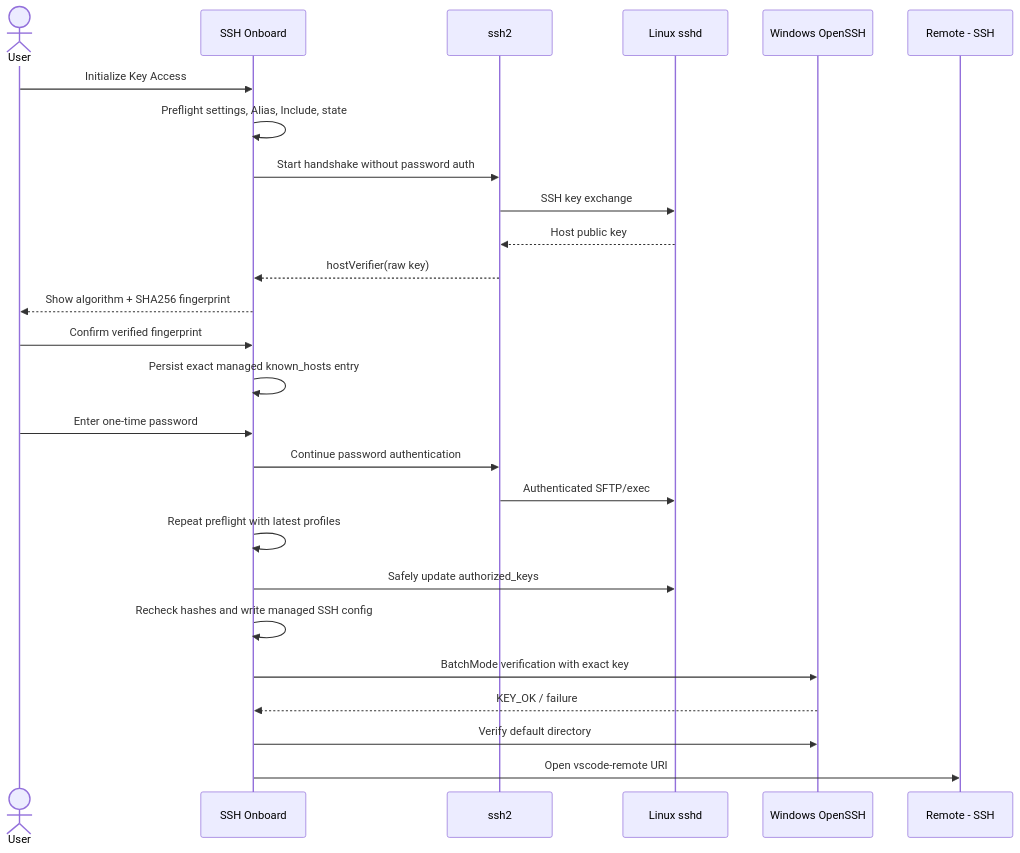
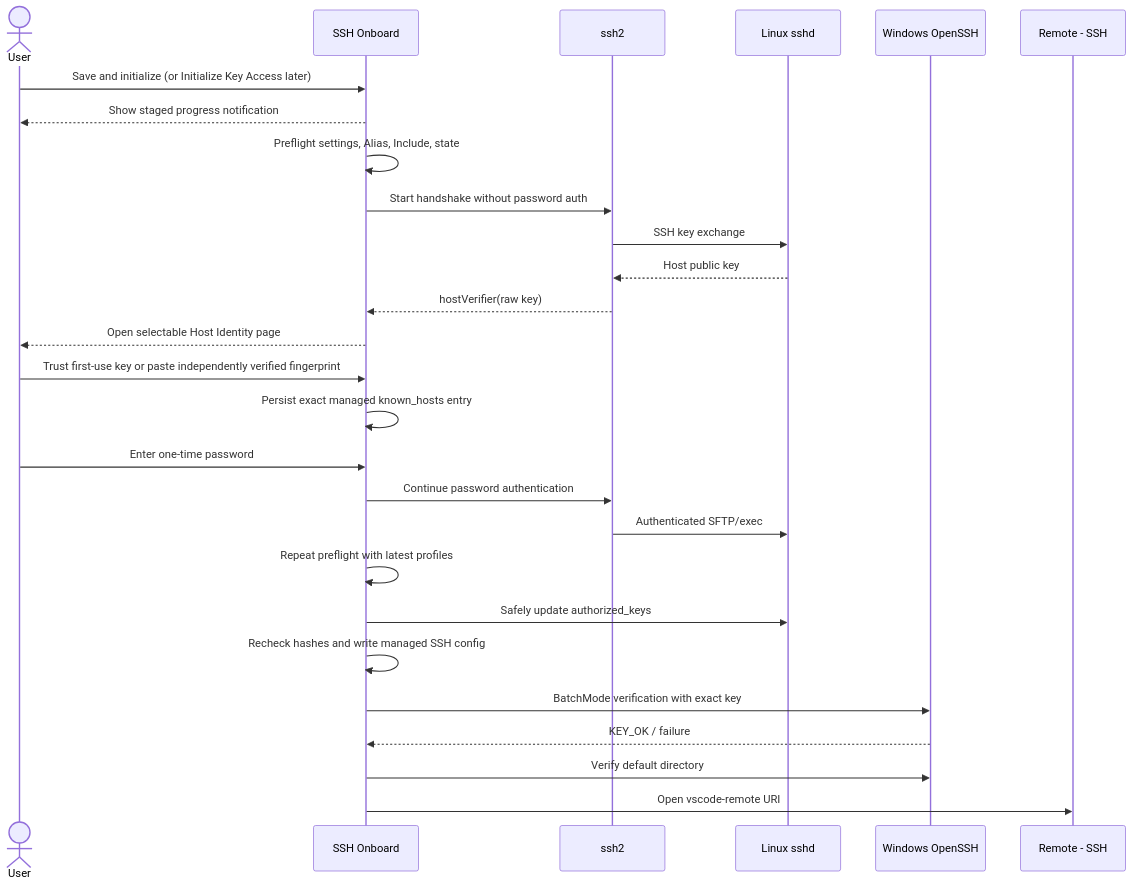
The second of 2 diagrams in docs/ARCHITECTURE.md (ZhangZhengruiNUS/ssh-onboard), drawn with Mermaid before and after one commit. The commit also changed other lines of this file and 34 other files, not shown here.

First line of the commit message:
Streamline SSH onboarding and host identity review (#17)

````diff
--- a/docs/ARCHITECTURE.md
+++ b/docs/ARCHITECTURE.md
@@ -149,29 +149,30 @@
 ```mermaid
 sequenceDiagram
   actor User
   participant Ext as SSH Onboard
   participant SSH2 as ssh2
   participant Host as Linux sshd
   participant OSSH as Windows OpenSSH
   participant RS as Remote - SSH
 
-  User->>Ext: Initialize Key Access
+  User->>Ext: Save and initialize (or Initialize Key Access later)
+  Ext-->>User: Show staged progress notification
   Ext->>Ext: Preflight settings, Alias, Include, state
   Ext->>SSH2: Start handshake without password auth
   SSH2->>Host: SSH key exchange
   Host-->>SSH2: Host public key
   SSH2-->>Ext: hostVerifier(raw key)
-  Ext-->>User: Show algorithm + SHA256 fingerprint
-  User->>Ext: Confirm verified fingerprint
+  Ext-->>User: Open selectable Host Identity page
+  User->>Ext: Trust first-use key or paste independently verified fingerprint
   Ext->>Ext: Persist exact managed known_hosts entry
   User->>Ext: Enter one-time password
   Ext->>SSH2: Continue password authentication
   SSH2->>Host: Authenticated SFTP/exec
   Ext->>Ext: Repeat preflight with latest profiles
   Ext->>Host: Safely update authorized_keys
   Ext->>Ext: Recheck hashes and write managed SSH config
   Ext->>OSSH: BatchMode verification with exact key
   OSSH-->>Ext: KEY_OK / failure
   Ext->>OSSH: Verify default directory
   Ext->>RS: Open vscode-remote URI
 ```
````
